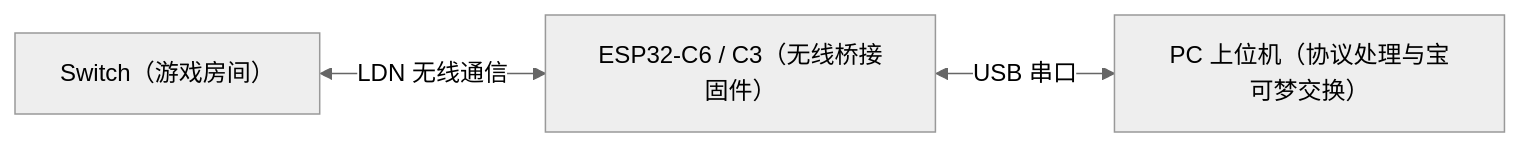
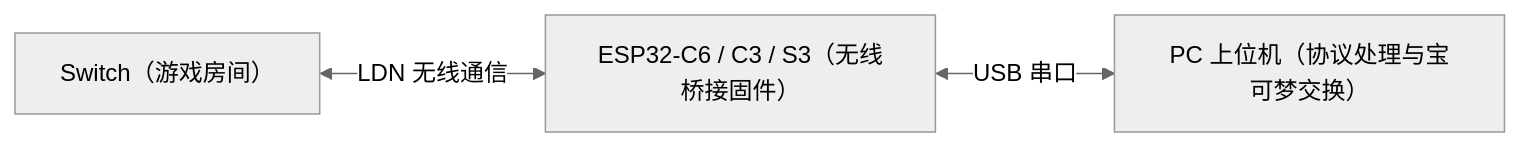
The diagram in README.md (easyworld/frlg-ldn-trade-esp32), drawn with Mermaid (neutral theme) before and after one commit. The commit also changed other lines of this file and 1 other file, not shown here.

````diff
--- a/README.md
+++ b/README.md
@@ -15,5 +15,5 @@
 ```mermaid
 flowchart LR
-    Switch["Switch（游戏房间）"] <-->|LDN 无线通信| ESP32["ESP32-C6 / C3（无线桥接固件）"]
+    Switch["Switch（游戏房间）"] <-->|LDN 无线通信| ESP32["ESP32-C6 / C3 / S3（无线桥接固件）"]
     ESP32 <-->|USB 串口| PC["PC 上位机（协议处理与宝可梦交换）"]
 ```
````
